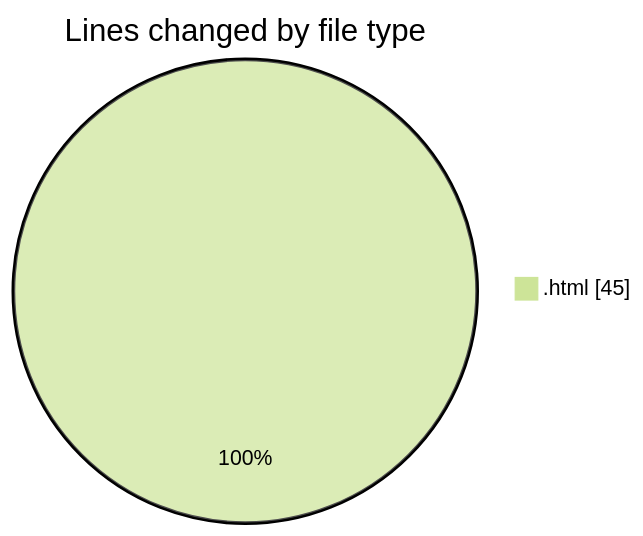
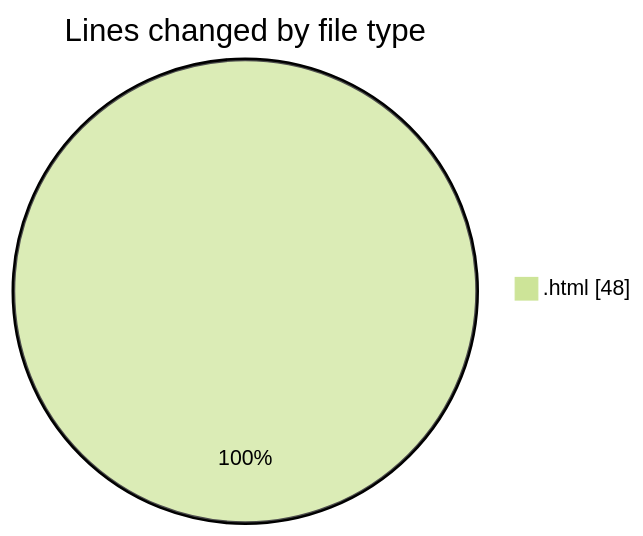
Before and after one commit to LanceThiago/code-tracking: the first of 2 diagrams in 2025-01-07/nueva_carpeta/README.md, drawn with Mermaid (forest theme). The commit also changed other lines of this file and 1 other file, not shown here.

````diff
--- a/2025-01-07/nueva_carpeta/README.md
+++ b/2025-01-07/nueva_carpeta/README.md
@@ -20,5 +20,5 @@
 ```mermaid
 pie showData
 title Lines changed by file type
-".html" : 45
+".html" : 48
 ```
````
